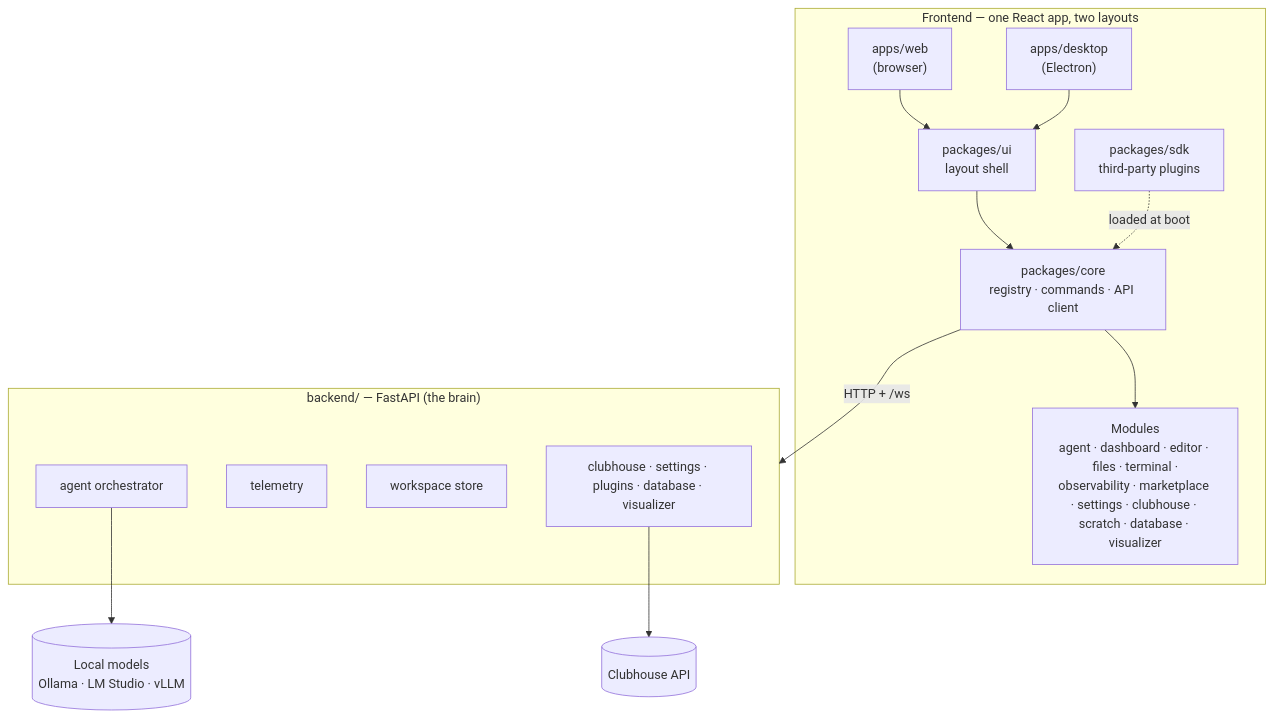
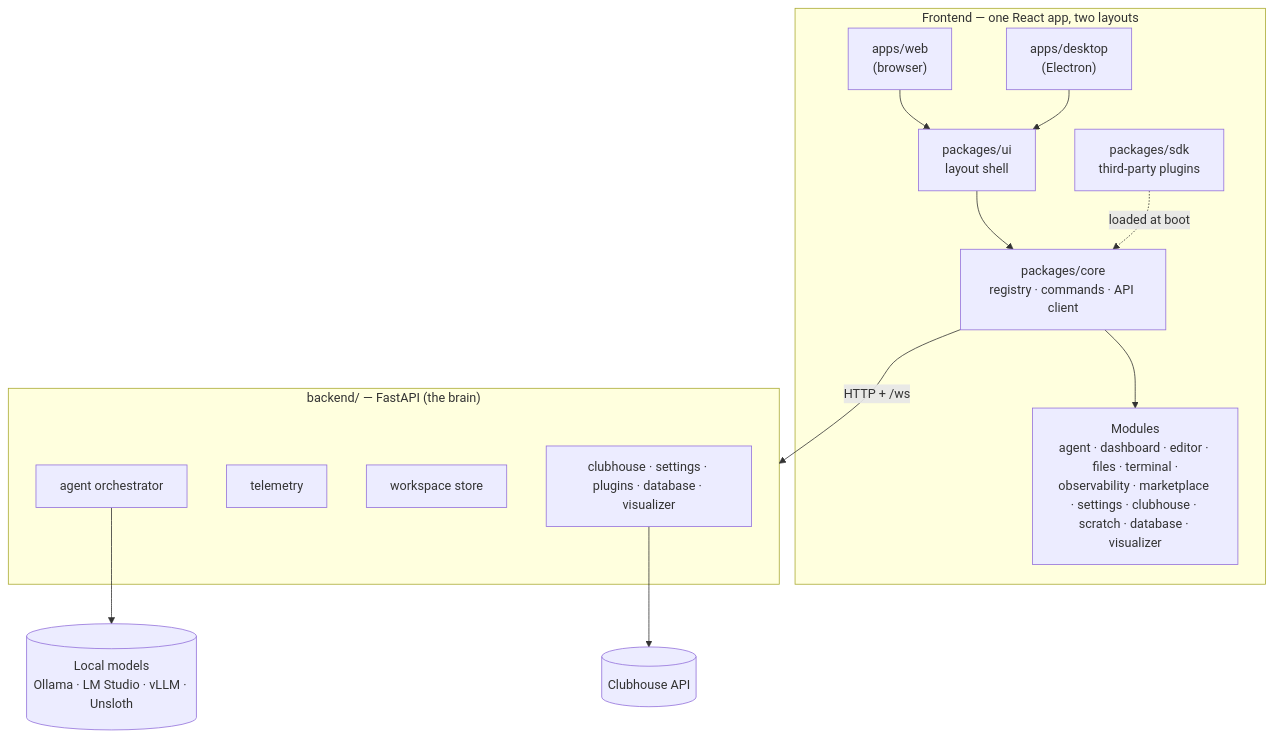
One commit to ConstCorrectness/horrible-dashboard changed the diagram in docs/README.mdx. Above: the diagram before and after it, drawn with Mermaid. The commit also changed 21 other files, not shown here.

````diff
--- a/docs/README.mdx
+++ b/docs/README.mdx
@@ -18,28 +18,28 @@
 ```mermaid
 flowchart TB
     subgraph FE["Frontend — one React app, two layouts"]
         Web["apps/web<br/>(browser)"]
         Desk["apps/desktop<br/>(Electron)"]
         UI["packages/ui<br/>layout shell"]
         Core["packages/core<br/>registry · commands · API client"]
         Mods["Modules<br/>agent · dashboard · editor · files · terminal ·<br/>observability · marketplace · settings · clubhouse · scratch · database · visualizer"]
         SDK["packages/sdk<br/>third-party plugins"]
     end
     subgraph BE["backend/ — FastAPI (the brain)"]
         Agent["agent orchestrator"]
         Tel["telemetry"]
         WSrv["workspace store"]
         Other["clubhouse · settings · plugins · database · visualizer"]
     end
-    Ext[("Local models<br/>Ollama · LM Studio · vLLM")]
+    Ext[("Local models<br/>Ollama · LM Studio · vLLM · Unsloth")]
     CH[("Clubhouse API")]
 
     Web --> UI
     Desk --> UI
     UI --> Core
     Core --> Mods
     SDK -. "loaded at boot" .-> Core
     Core -->|"HTTP + /ws"| BE
     Agent --> Ext
     Other --> CH
 ```
````
